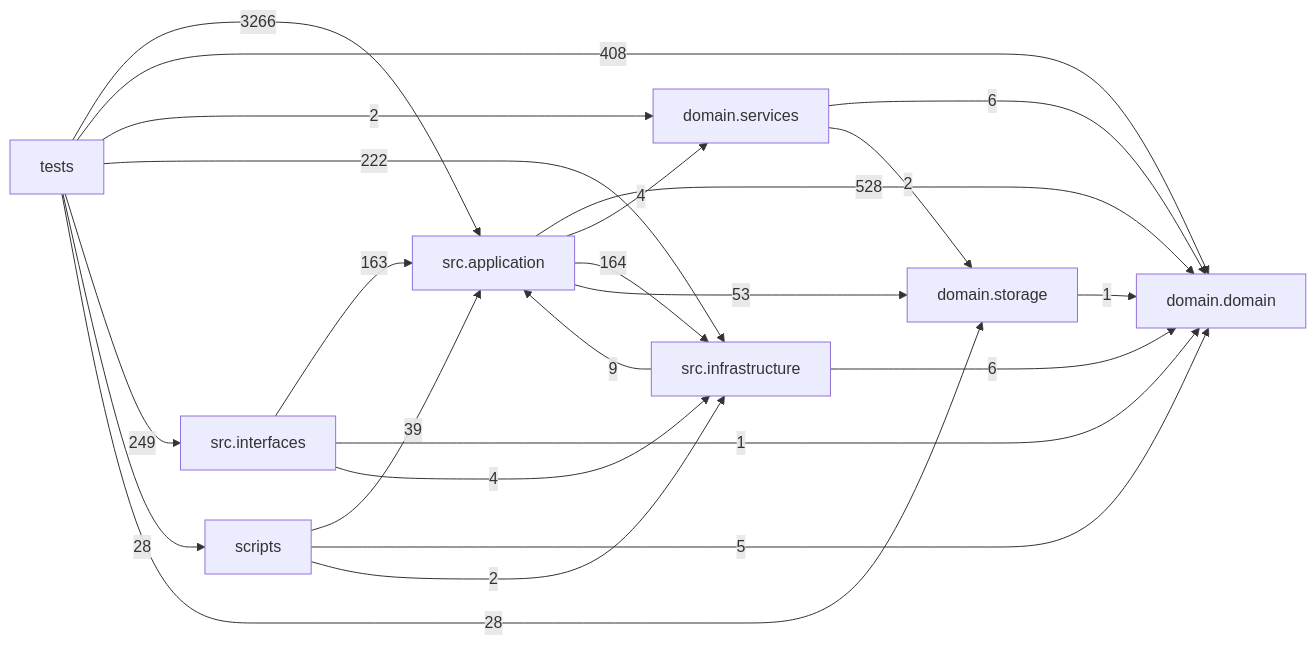
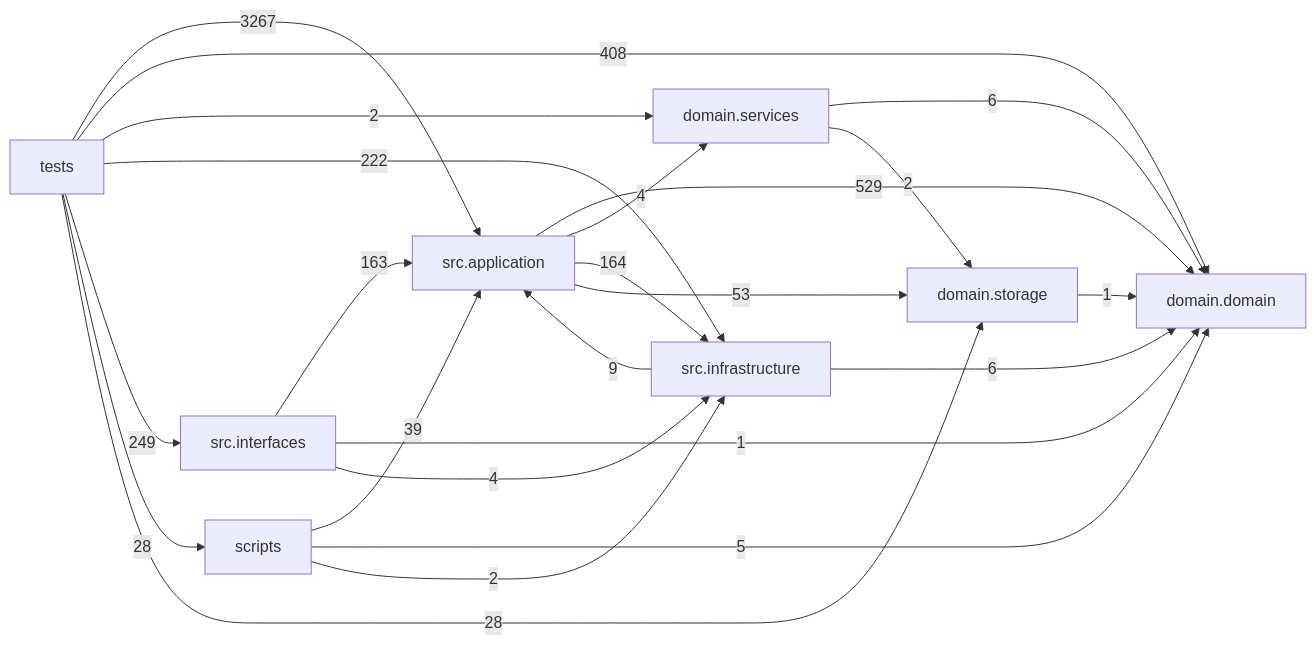
One commit to liuxie066/options-monitor changed the diagram in docs/DEPENDENCY_GRAPH.md. Above: the diagram before and after it, drawn with Mermaid. The commit also changed other lines of this file and 5 other files, not shown here.

````diff
--- a/docs/DEPENDENCY_GRAPH.md
+++ b/docs/DEPENDENCY_GRAPH.md
@@ -24,33 +24,33 @@
 ```mermaid
 flowchart LR
   tests["tests"]
   scripts["scripts"]
   interfaces["src.interfaces"]
   application["src.application"]
   infrastructure["src.infrastructure"]
   domain_services["domain.services"]
   domain["domain.domain"]
   storage["domain.storage"]
-  application -->|528| domain
+  application -->|529| domain
   application -->|4| domain_services
   application -->|164| infrastructure
   application -->|53| storage
   domain_services -->|6| domain
   domain_services -->|2| storage
   infrastructure -->|9| application
   infrastructure -->|6| domain
   interfaces -->|163| application
   interfaces -->|1| domain
   interfaces -->|4| infrastructure
   scripts -->|39| application
   scripts -->|5| domain
   scripts -->|2| infrastructure
   storage -->|1| domain
-  tests -->|3266| application
+  tests -->|3267| application
   tests -->|408| domain
   tests -->|2| domain_services
   tests -->|222| infrastructure
   tests -->|249| interfaces
   tests -->|28| scripts
   tests -->|28| storage
 ```
````
